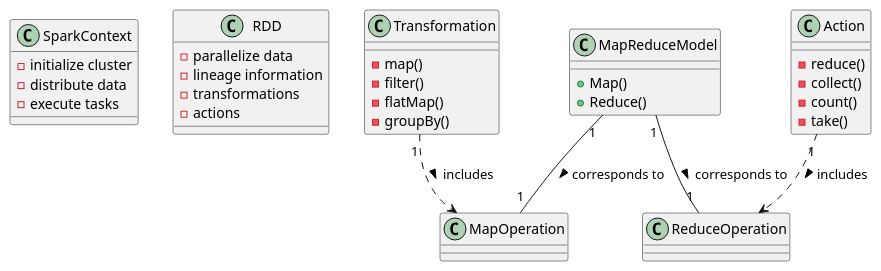
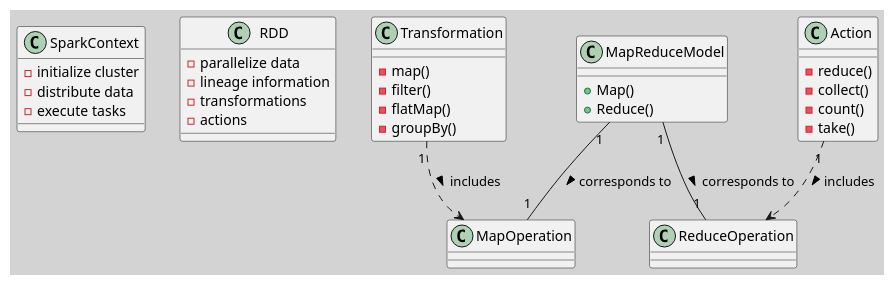
The diagram in architecture_diagrams/spark_mapreduce_comparison.puml (huangyingw/system_design), drawn with PlantUML before and after one commit.

```diff
--- a/architecture_diagrams/spark_mapreduce_comparison.puml
+++ b/architecture_diagrams/spark_mapreduce_comparison.puml
@@ -1,45 +1,47 @@
 @startuml
+skinparam backgroundColor #D3D3D3
+
 class SparkContext {
   - initialize cluster
   - distribute data
   - execute tasks
 }
 
 class RDD {
   - parallelize data
   - lineage information
   - transformations
   - actions
 }
 
 class Transformation {
   - map()
   - filter()
   - flatMap()
   - groupBy()
 }
 
 class Action {
   - reduce()
   - collect()
   - count()
   - take()
 }
 
 class MapReduceModel {
   + Map()
   + Reduce()
 }
 
 class MapOperation {
 }
 
 class ReduceOperation {
 }
 
 MapReduceModel "1" -- "1" MapOperation : corresponds to >
 MapReduceModel "1" -- "1" ReduceOperation : corresponds to >
 Transformation "1" ..> MapOperation : includes >
 Action "1" ..> ReduceOperation : includes >
 
 @enduml
```
